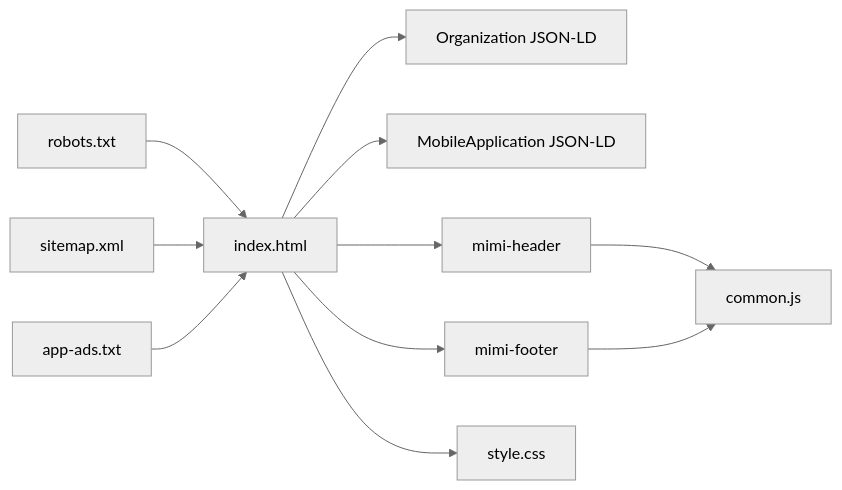
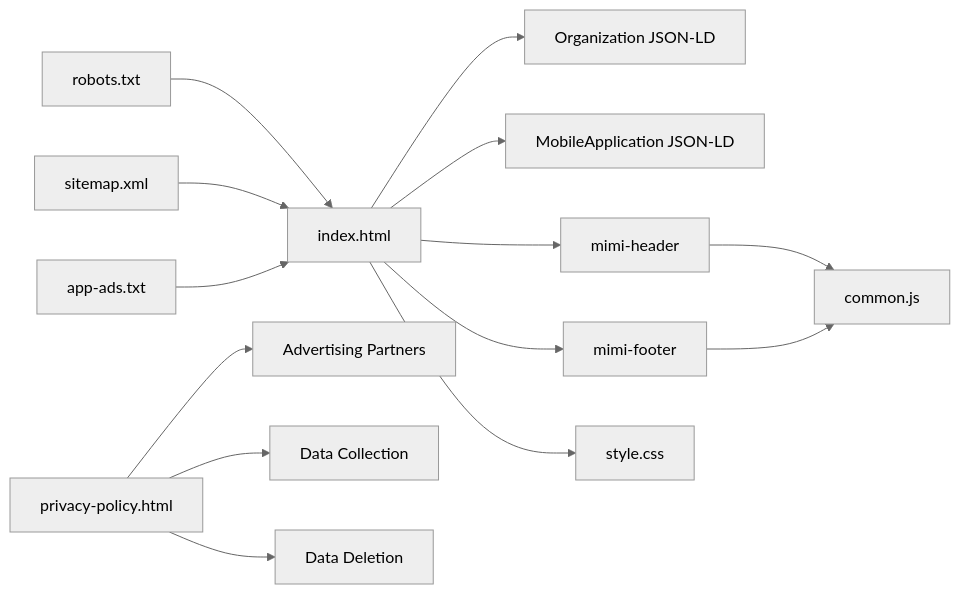
The third of 3 diagrams in .qoder/repowiki/en/content/SEO and Accessibility.md (MimiGamesDev/mimigames-website), drawn with Mermaid (neutral theme) before and after one commit. The commit also changed other lines of this file and 3 other files, not shown here.

````diff
--- a/.qoder/repowiki/en/content/SEO and Accessibility.md
+++ b/.qoder/repowiki/en/content/SEO and Accessibility.md
@@ -238,13 +297,16 @@
 ```mermaid
 graph LR
 IDX["index.html"] --> ORG["Organization JSON-LD"]
 IDX --> APP["MobileApplication JSON-LD"]
 IDX --> NAV["mimi-header"]
 IDX --> FOOT["mimi-footer"]
 NAV --> JS["common.js"]
 FOOT --> JS
 IDX --> CSS["style.css"]
 ROB["robots.txt"] --> IDX
 SITEMAP["sitemap.xml"] --> IDX
 APPADS["app-ads.txt"] --> IDX
+PRIV["privacy-policy.html"] --> ADVERT["Advertising Partners"]
+PRIV --> DATA["Data Collection"]
+PRIV --> DELETION["Data Deletion"]
 ```
````
